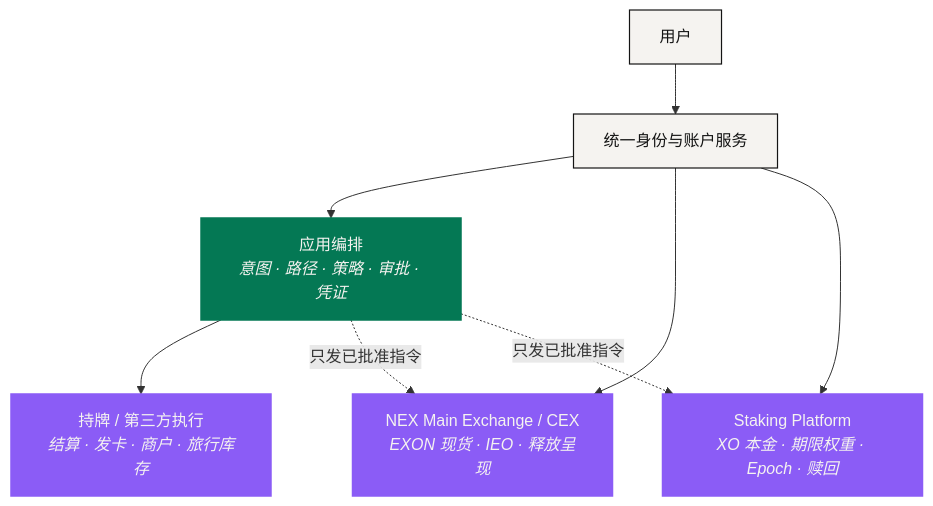
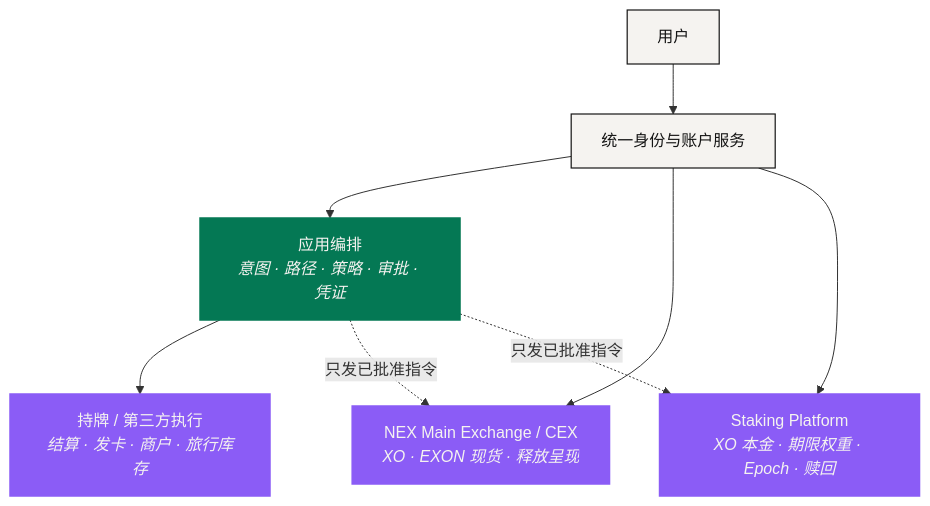
The diagram in docs/zh/03-architecture/README.md (NEXONMarkets/NEXON-Whitepaper), drawn with Mermaid before and after one commit. The commit also changed other lines of this file and 79 other files, not shown here.

````diff
--- a/docs/zh/03-architecture/README.md
+++ b/docs/zh/03-architecture/README.md
@@ -24,16 +24,16 @@
 ```mermaid
 flowchart TB
     U["用户"] --> ACC["统一身份与账户服务"]
     ACC --> APP["应用编排<br/><i>意图 · 路径 · 策略 · 审批 · 凭证</i>"]
-    ACC --> CEX["NEX Main Exchange / CEX<br/><i>EXON 现货 · IEO · 释放呈现</i>"]
+    ACC --> CEX["NEX Main Exchange / CEX<br/><i>XO · EXON 现货 · 释放呈现</i>"]
     ACC --> STK["Staking Platform<br/><i>XO 本金 · 期限权重 · Epoch · 赎回</i>"]
     APP --> EXT["持牌 / 第三方执行<br/><i>结算 · 发卡 · 商户 · 旅行库存</i>"]
     APP -. "只发已批准指令" .-> CEX
     APP -. "只发已批准指令" .-> STK
     classDef anchor fill:#047854,stroke:#047854,stroke-width:1.5px,color:#F5F3F0
     classDef engine fill:#8B5CF6,stroke:#8B5CF6,stroke-width:1.5px,color:#F5F3F0
     classDef solid  fill:#F5F3F0,stroke:#141414,stroke-width:1.2px,color:#141414
     class U,ACC solid
     class APP anchor
     class CEX,STK,EXT engine
 ```
````
